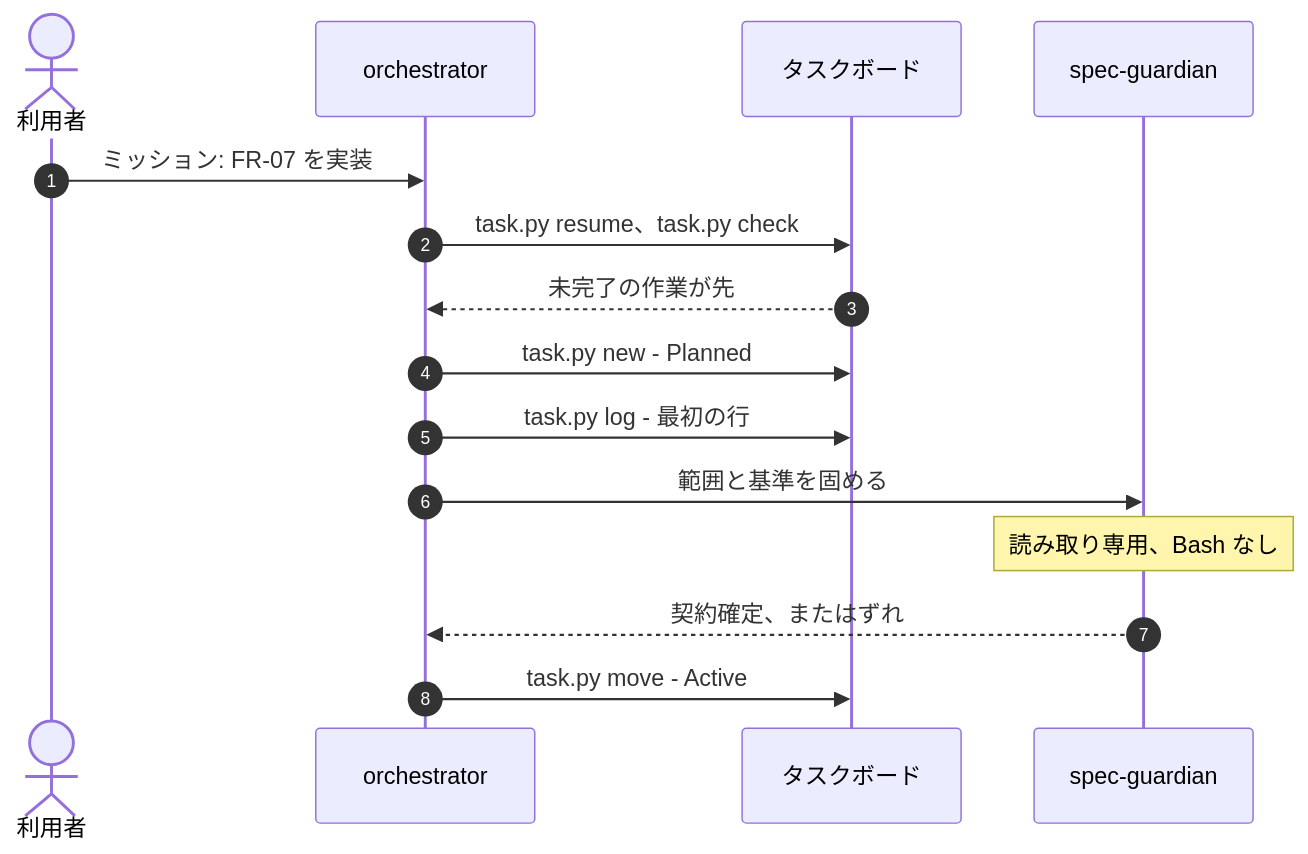
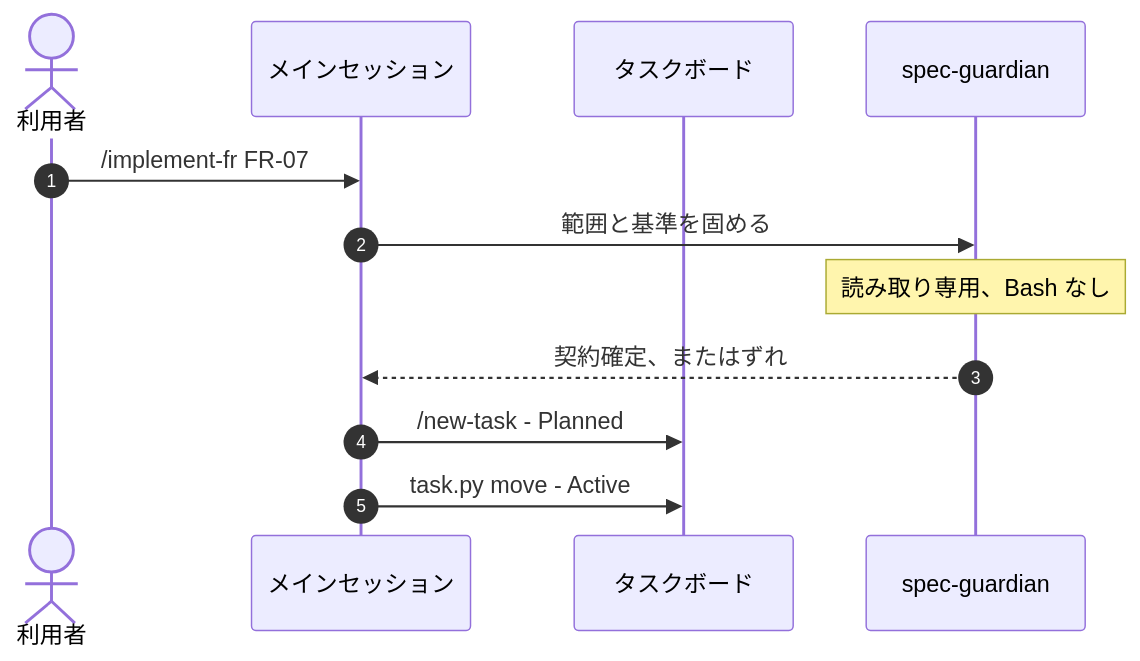
The ninth of 16 diagrams in docs/FLOWS.ja.md (nguyenhx2/agent-harness-bootstrap), drawn with Mermaid before and after one commit. The commit also changed other lines of this file and 107 other files, not shown here.

````diff
--- a/docs/FLOWS.ja.md
+++ b/docs/FLOWS.ja.md
@@ -392,18 +408,15 @@
 ```mermaid
 sequenceDiagram
     autonumber
     actor User as 利用者
-    participant Orch as orchestrator
+    participant Main as メインセッション
     participant Board as タスクボード
     participant Spec as spec-guardian
 
-    User->>Orch: ミッション: FR-07 を実装
-    Orch->>Board: task.py resume、task.py check
-    Board-->>Orch: 未完了の作業が先
-    Orch->>Board: task.py new - Planned
-    Orch->>Board: task.py log - 最初の行
-    Orch->>Spec: 範囲と基準を固める
+    User->>Main: /implement-fr FR-07
+    Main->>Spec: 範囲と基準を固める
     Note over Spec: 読み取り専用、Bash なし
-    Spec-->>Orch: 契約確定、またはずれ
-    Orch->>Board: task.py move - Active
+    Spec-->>Main: 契約確定、またはずれ
+    Main->>Board: /new-task - Planned
+    Main->>Board: task.py move - Active
 ```
````
